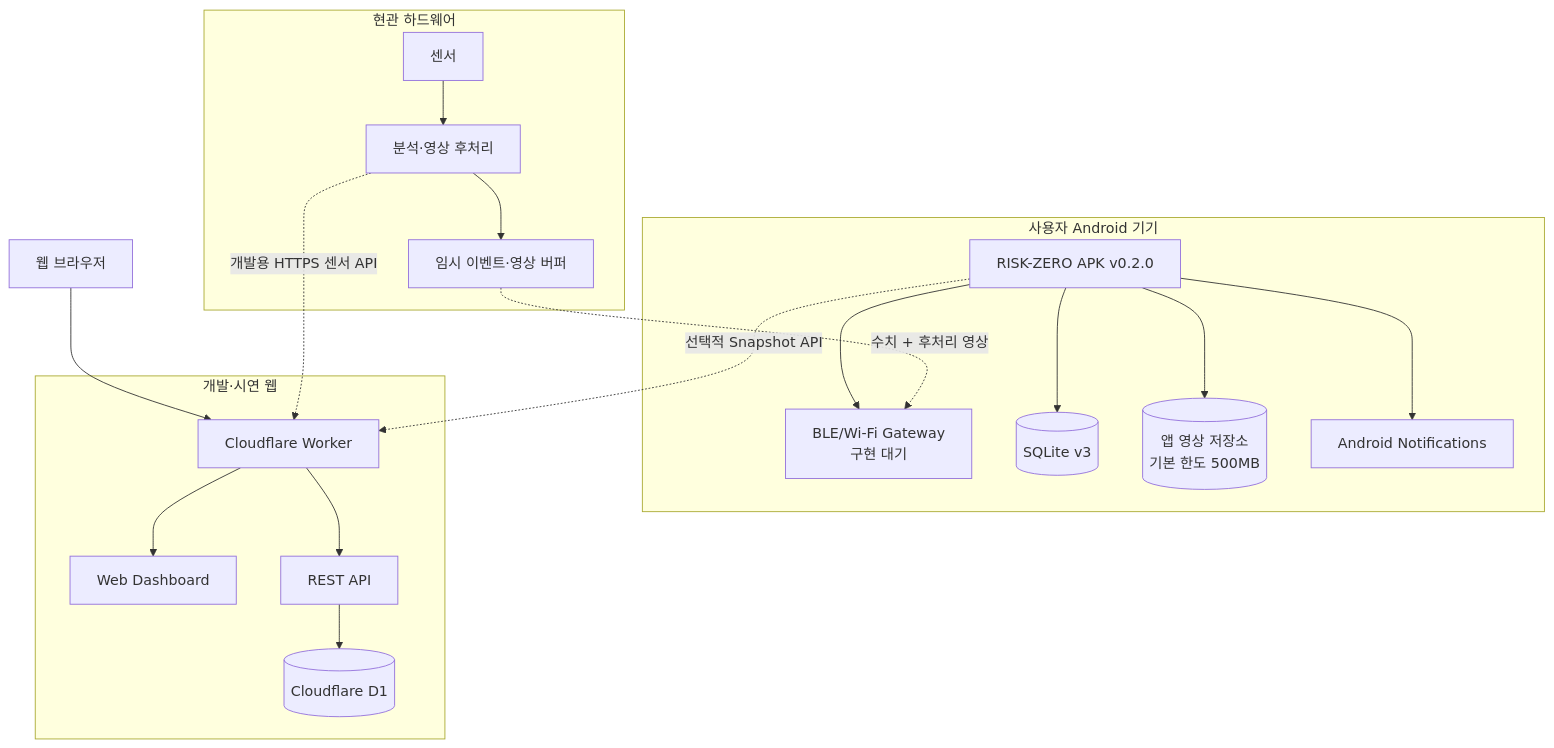
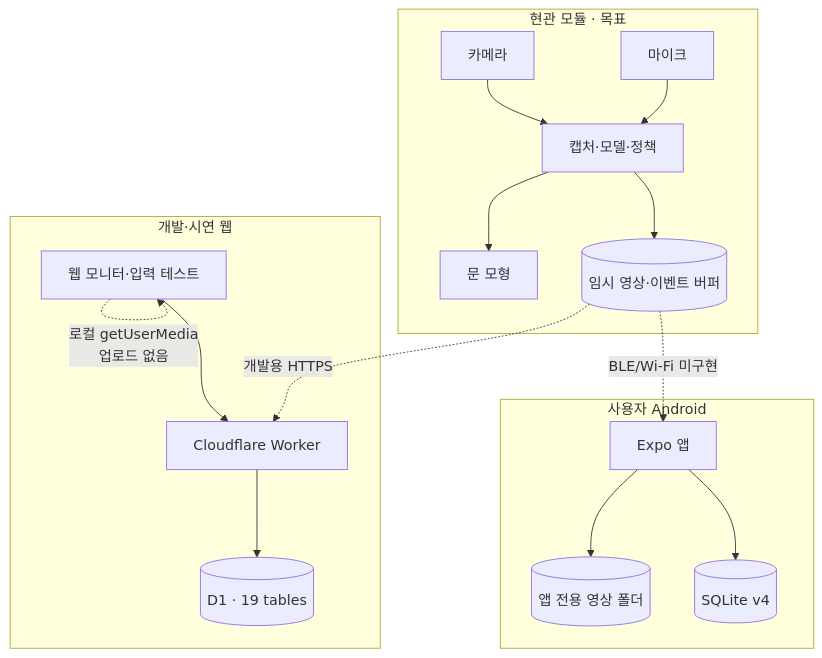
The diagram in docs/Diagram/07-deployment-diagram.md (Uree1229/Risk-ZERO), drawn with Mermaid before and after one commit. The commit also changed other lines of this file and 75 other files, not shown here.

````diff
--- a/docs/Diagram/07-deployment-diagram.md
+++ b/docs/Diagram/07-deployment-diagram.md
@@ -9,38 +5,34 @@
 ```mermaid
 flowchart TB
-    subgraph Entrance["현관 하드웨어"]
-        Sensors["센서"]
-        Processor["분석·영상 후처리"]
-        Buffer["임시 이벤트·영상 버퍼"]
-        Sensors --> Processor
-        Processor --> Buffer
+    subgraph Entrance["현관 모듈 · 목표"]
+        Camera["카메라"]
+        Mic["마이크"]
+        EdgeApp["캡처·모델·정책"]
+        Buffer[("임시 영상·이벤트 버퍼")]
+        MockLock["문 모형"]
+        Camera --> EdgeApp
+        Mic --> EdgeApp
+        EdgeApp --> Buffer
+        EdgeApp --> MockLock
     end
 
-    subgraph Phone["사용자 Android 기기"]
-        APK["RISK-ZERO APK v0.2.0"]
-        Gateway["BLE/Wi-Fi Gateway<br/>구현 대기"]
-        SQLite[("SQLite v3")]
-        Files[("앱 영상 저장소<br/>기본 한도 500MB")]
-        OS["Android Notifications"]
-
-        APK --> Gateway
-        APK --> SQLite
-        APK --> Files
-        APK --> OS
+    subgraph Phone["사용자 Android"]
+        Mobile["Expo 앱"]
+        SQLite[("SQLite v4")]
+        Video[("앱 전용 영상 폴더")]
+        Mobile --> SQLite
+        Mobile --> Video
     end
 
-    subgraph Cloud["개발·시연 웹"]
+    subgraph DevWeb["개발·시연 웹"]
+        Browser["웹 모니터·입력 테스트"]
         Worker["Cloudflare Worker"]
-        WebUI["Web Dashboard"]
-        APIs["REST API"]
-        D1[("Cloudflare D1")]
-        Worker --> WebUI
-        Worker --> APIs
-        APIs --> D1
+        D1[("D1 · 19 tables")]
+        Browser --> Worker
+        Worker --> D1
     end
 
-    Buffer -. "수치 + 후처리 영상" .-> Gateway
-    APK -. "선택적 Snapshot API" .-> Worker
-    Browser["웹 브라우저"] --> Worker
-    Processor -. "개발용 HTTPS 센서 API" .-> Worker
+    Buffer -. "BLE/Wi-Fi 미구현" .-> Mobile
+    Buffer -. "개발용 HTTPS" .-> Worker
+    Browser -. "로컬 getUserMedia<br/>업로드 없음" .-> Browser
 ```
````
